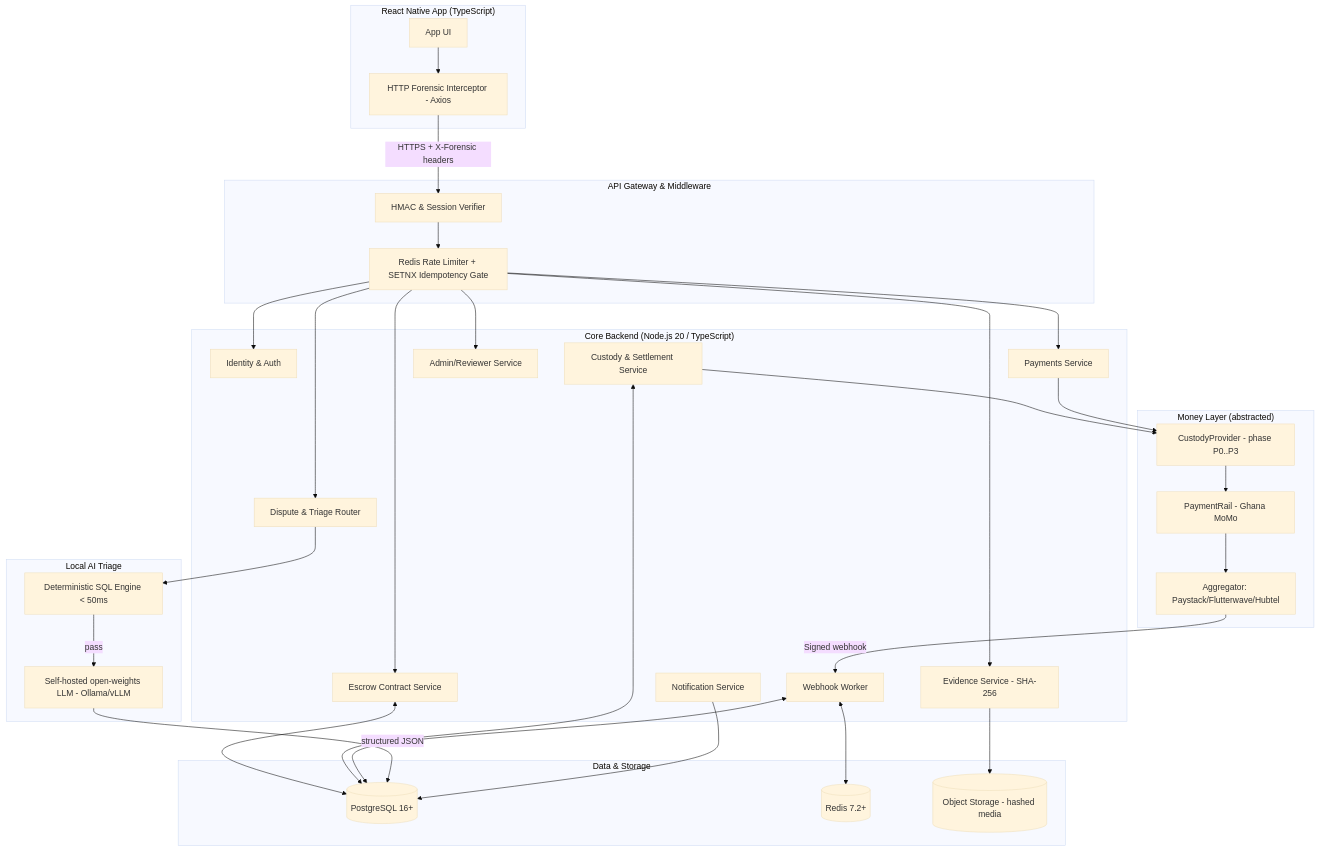
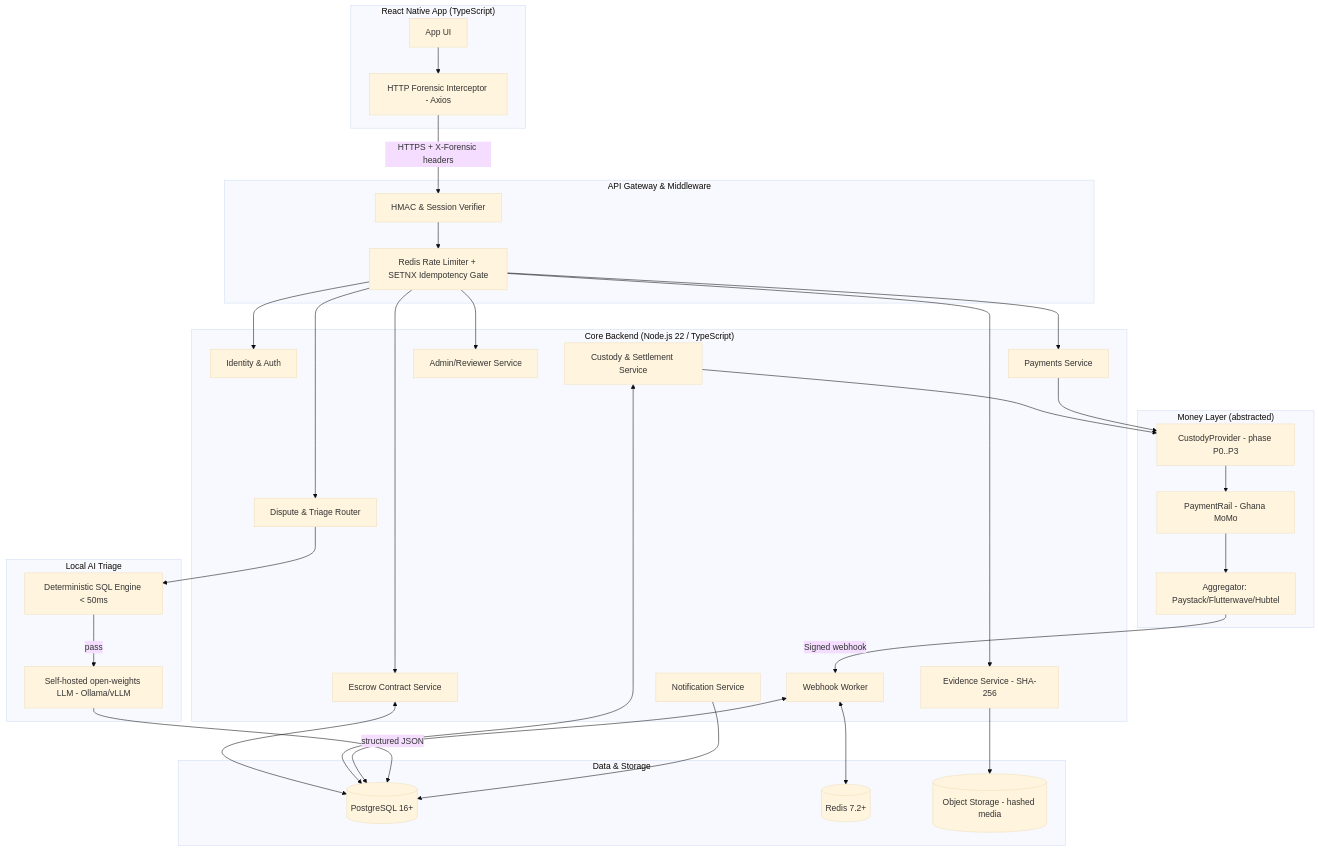
One commit to Aeomar999/Croe changed the first of 2 diagrams in for_agents/04-Architecture.md. Above: the diagram before and after it, drawn with Mermaid (base theme). The commit also changed 9 other files, not shown here.

````diff
--- a/for_agents/04-Architecture.md
+++ b/for_agents/04-Architecture.md
@@ -15,60 +15,60 @@
 ```mermaid
 graph TD
     subgraph Client["React Native App (TypeScript)"]
         UI[App UI]
         Interceptor[HTTP Forensic Interceptor - Axios]
         UI --> Interceptor
     end
 
     subgraph Edge["API Gateway & Middleware"]
         Auth[HMAC & Session Verifier]
         RateLimit[Redis Rate Limiter + SETNX Idempotency Gate]
     end
 
-    subgraph API["Core Backend (Node.js 20 / TypeScript)"]
+    subgraph API["Core Backend (Node.js 22 / TypeScript)"]
         IdentitySvc[Identity & Auth]
         EscrowSvc[Escrow Contract Service]
         CustodySvc[Custody & Settlement Service]
         PaymentSvc[Payments Service]
         EvidenceSvc[Evidence Service - SHA-256]
         DisputeSvc[Dispute & Triage Router]
         NotifySvc[Notification Service]
         AdminSvc[Admin/Reviewer Service]
         WebhookSvc[Webhook Worker]
     end
 
     subgraph Data["Data & Storage"]
         PG[(PostgreSQL 16+)]
         Redis[(Redis 7.2+)]
         S3[(Object Storage - hashed media)]
     end
 
     subgraph AI["Local AI Triage"]
         SQLHeuristics[Deterministic SQL Engine < 50ms]
         LLM[Self-hosted open-weights LLM - Ollama/vLLM]
     end
 
     subgraph Providers["Money Layer (abstracted)"]
         Custody[CustodyProvider - phase P0..P3]
         Rail[PaymentRail - Ghana MoMo]
         Aggregator[Aggregator: Paystack/Flutterwave/Hubtel]
     end
 
     Interceptor -->|HTTPS + X-Forensic headers| Auth
     Auth --> RateLimit
     RateLimit --> IdentitySvc & EscrowSvc & PaymentSvc & EvidenceSvc & DisputeSvc & AdminSvc
     EscrowSvc <--> PG
     CustodySvc <--> PG
     CustodySvc --> Custody
     PaymentSvc --> Custody
     Custody --> Rail
     Rail --> Aggregator
     EvidenceSvc --> S3
     Aggregator -->|Signed webhook| WebhookSvc
     WebhookSvc <--> Redis
     WebhookSvc <--> PG
     DisputeSvc --> SQLHeuristics
     SQLHeuristics -->|pass| LLM
     LLM -->|structured JSON| PG
     NotifySvc --> PG
 ```
````
